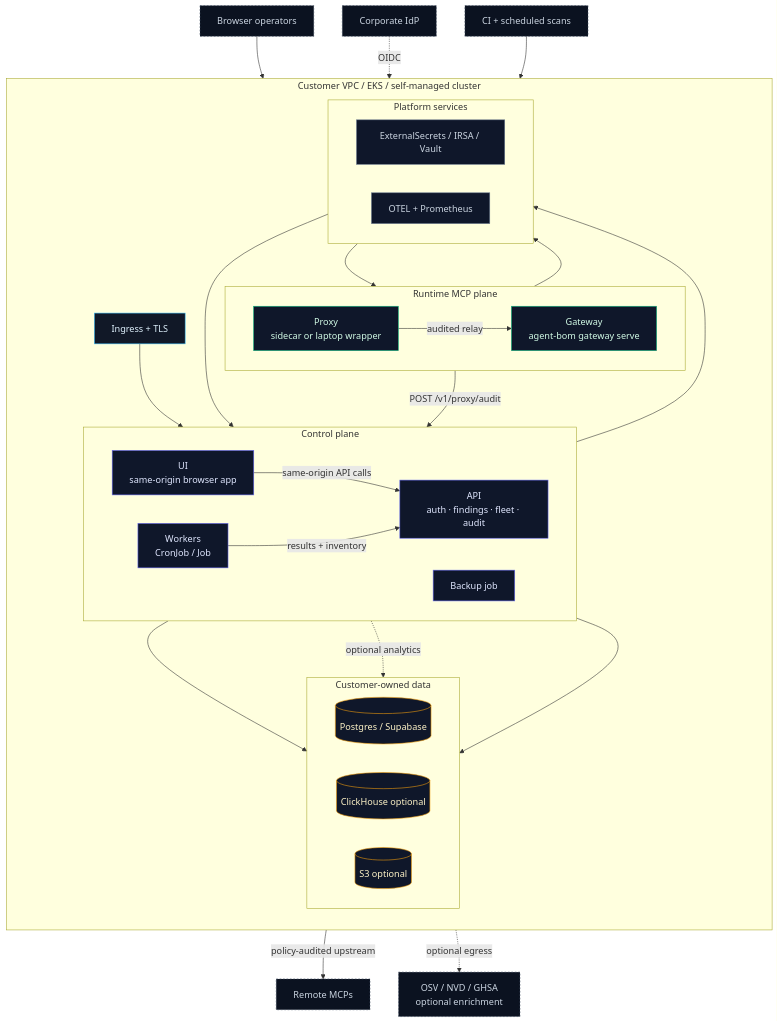
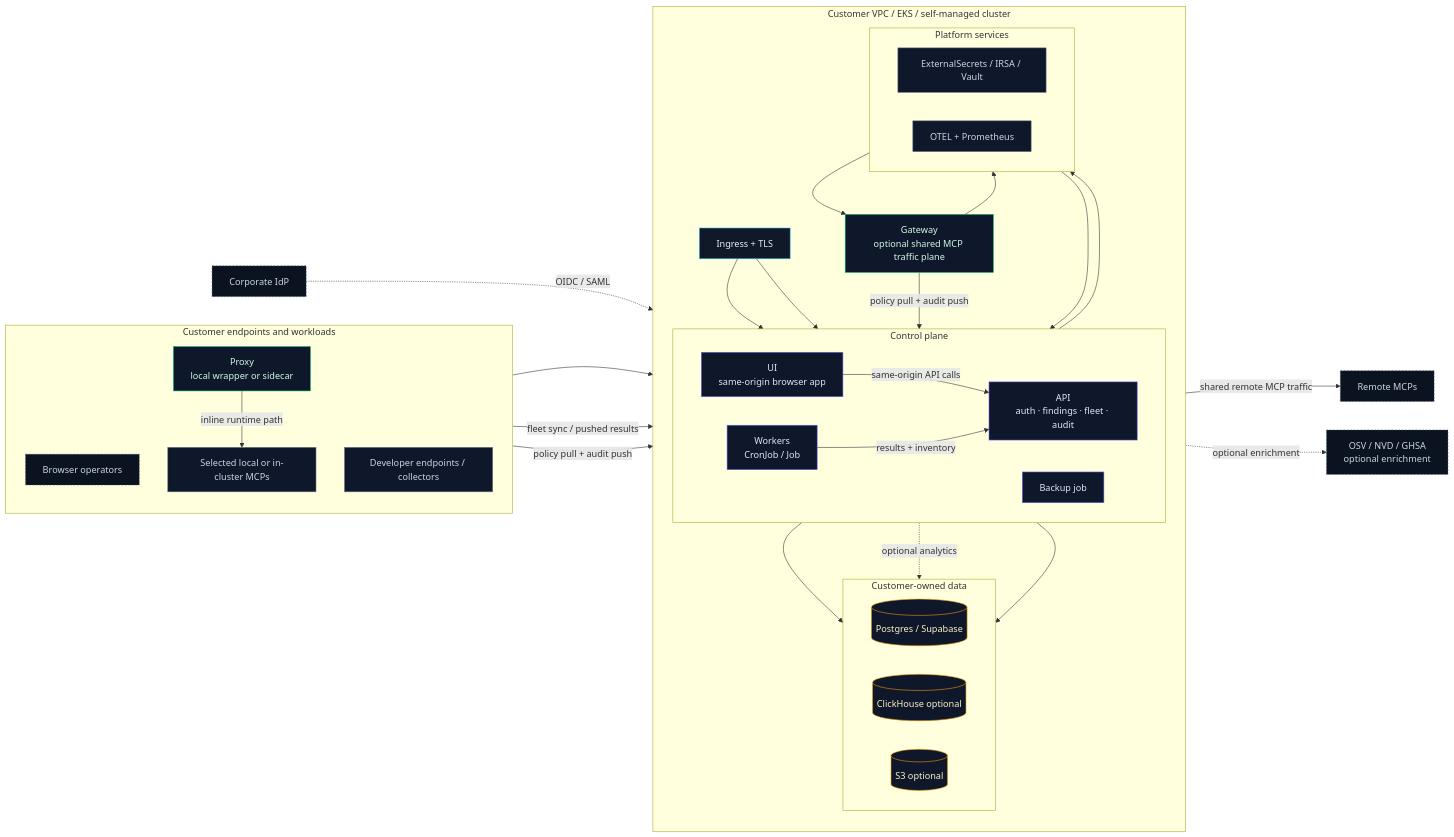
One commit to msaad00/agent-bom changed the first of 6 diagrams in README.md. Above: the diagram before and after it, drawn with Mermaid. The commit also changed other lines of this file and 4 other files, not shown here.

First line of the commit message:
docs(deploy): refresh self-hosted diagrams and runtime flow (#1661)

````diff
--- a/README.md
+++ b/README.md
@@ -186,65 +186,69 @@
 ```mermaid
-flowchart TB
+flowchart LR
     classDef ext  fill:#0b1220,stroke:#475569,color:#cbd5e1,stroke-dasharray:3 3
     classDef edge fill:#111827,stroke:#38bdf8,color:#e0f2fe
     classDef ctrl fill:#0f172a,stroke:#6366f1,color:#e0e7ff
     classDef run  fill:#0f172a,stroke:#10b981,color:#d1fae5
     classDef data fill:#0f172a,stroke:#f59e0b,color:#fef3c7
     classDef ops  fill:#0f172a,stroke:#64748b,color:#cbd5e1
 
-    Browser["Browser operators"]:::ext
     IdP["Corporate IdP"]:::ext
-    CI["CI + scheduled scans"]:::ext
     Remote["Remote MCPs"]:::ext
     Intel["OSV / NVD / GHSA<br/>optional enrichment"]:::ext
 
-    subgraph Customer["Customer VPC / EKS / self-managed cluster"]
+    subgraph Endpoints["Customer endpoints and workloads"]
+      direction TB
+      Browser["Browser operators"]:::ext
+      Fleet["Developer endpoints / collectors"]:::ops
+      Proxy["Proxy<br/>local wrapper or sidecar"]:::run
+      LocalMCP["Selected local or in-cluster MCPs"]:::ops
+    end
+
+    subgraph Cluster["Customer VPC / EKS / self-managed cluster"]
       direction TB
       Ingress["Ingress + TLS"]:::edge
 
       subgraph Control["Control plane"]
         direction LR
         UI["UI<br/>same-origin browser app"]:::ctrl
         API["API<br/>auth · findings · fleet · audit"]:::ctrl
         Jobs["Workers<br/>CronJob / Job"]:::ctrl
         Backup["Backup job"]:::ctrl
       end
 
-      subgraph Runtime["Runtime MCP plane"]
-        direction LR
-        Proxy["Proxy<br/>sidecar or laptop wrapper"]:::run
-        Gateway["Gateway<br/>agent-bom gateway serve"]:::run
-      end
+      Gateway["Gateway<br/>optional shared MCP traffic plane"]:::run
 
       subgraph Data["Customer-owned data"]
         direction LR
         PG[("Postgres / Supabase")]:::data
         CH[("ClickHouse optional")]:::data
         S3[("S3 optional")]:::data
       end
 
       subgraph Platform["Platform services"]
         direction LR
         Secrets["ExternalSecrets / IRSA / Vault"]:::ops
         Obs["OTEL + Prometheus"]:::ops
       end
     end
 
     Browser --> Ingress
-    IdP -. OIDC .-> Ingress
+    IdP -. OIDC / SAML .-> Ingress
     Ingress --> UI
+    Ingress --> API
     UI -->|same-origin API calls| API
-    CI --> Jobs
     Jobs -->|results + inventory| API
-    Proxy -->|audited relay| Gateway
-    Gateway -->|POST /v1/proxy/audit| API
-    Gateway -->|policy-audited upstream| Remote
+    Fleet -->|fleet sync / pushed results| API
+    Proxy -->|policy pull + audit push| API
+    Proxy -->|inline runtime path| LocalMCP
+    Gateway -->|policy pull + audit push| API
+    Gateway -->|shared remote MCP traffic| Remote
     API --> PG
     API -. optional analytics .-> CH
     Backup --> S3
     Secrets --> API
     Secrets --> Gateway
     API --> Obs
     Gateway --> Obs
-    API -. optional egress .-> Intel
+    API -. optional enrichment .-> Intel
 ```
````
